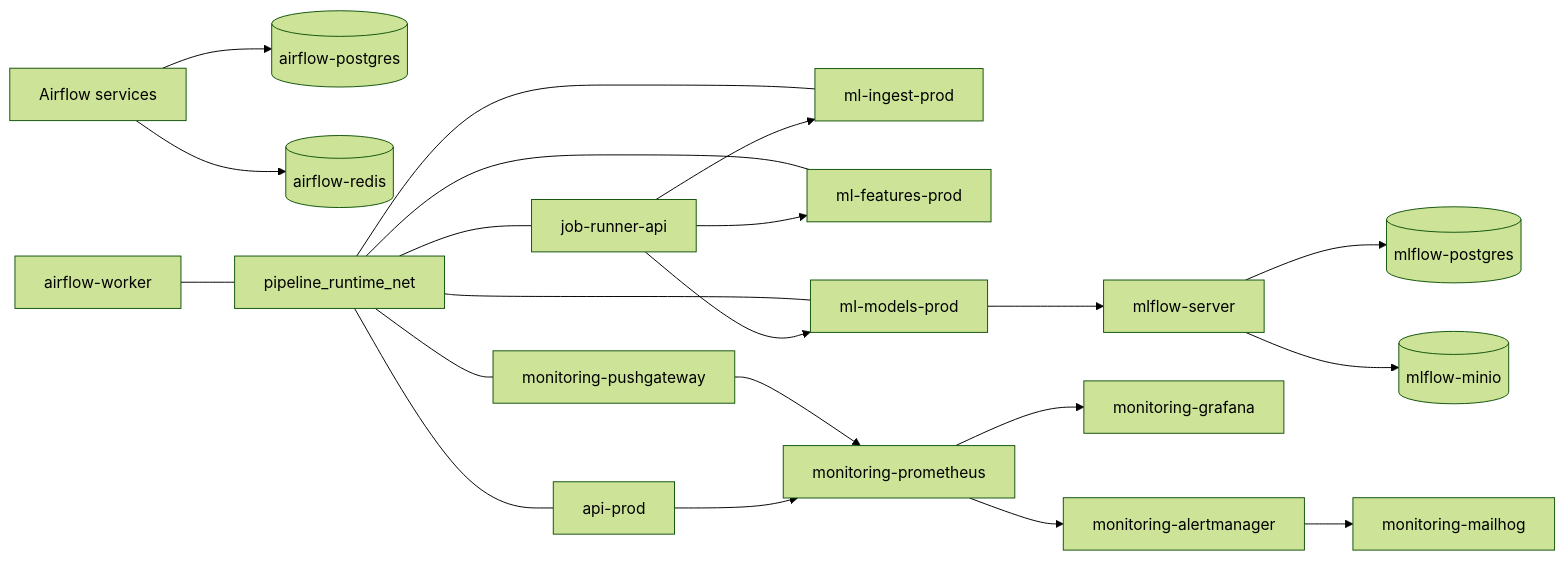
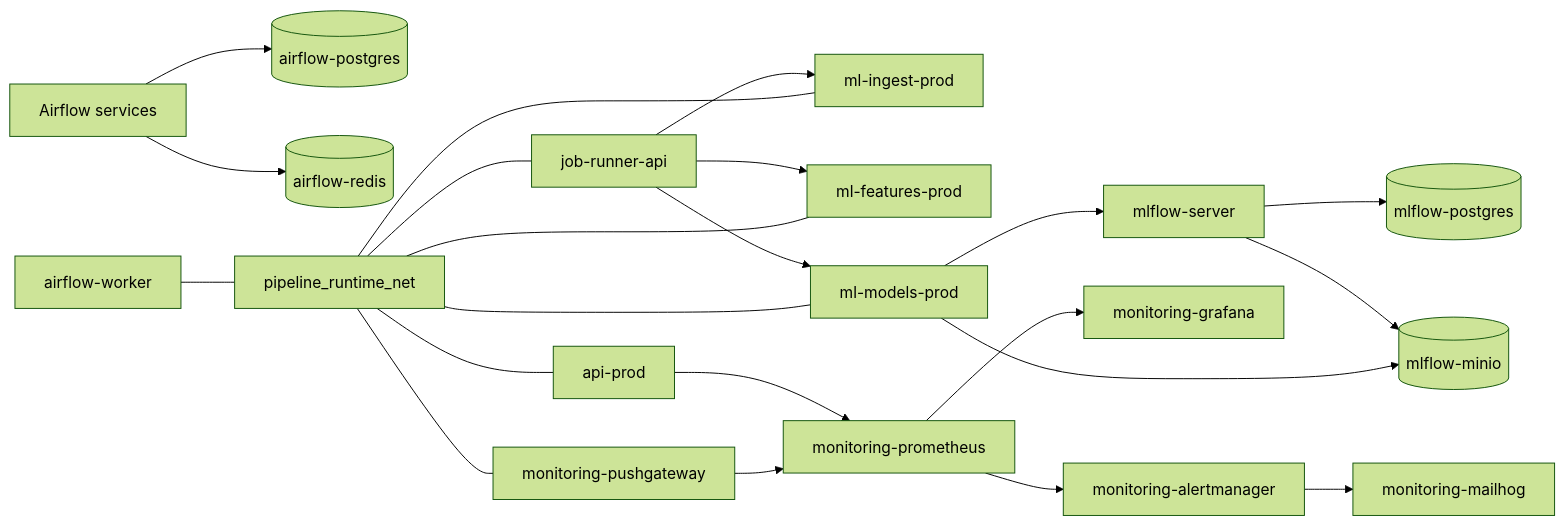
The diagram in docs/architecture-references/local-prod-network-topology.md (zheddhe/avr25-mle-trafic-cycliste), drawn with Mermaid (forest theme) before and after one commit. The commit also changed other lines of this file, not shown here.

Commit message:
docs: align prod topology with MLflow artifact access

````diff
--- a/docs/architecture-references/local-prod-network-topology.md
+++ b/docs/architecture-references/local-prod-network-topology.md
@@ -125,26 +126,27 @@
 ```mermaid
 flowchart LR
     airflow[Airflow services] --> airflow_db[(airflow-postgres)]
     airflow --> airflow_redis[(airflow-redis)]
     airflow_worker[airflow-worker] --- pipeline[pipeline_runtime_net]
 
     pipeline --- runner[job-runner-api]
     pipeline --- api[api-prod]
     pipeline --- ingest[ml-ingest-prod]
     pipeline --- features[ml-features-prod]
     pipeline --- models[ml-models-prod]
     pipeline --- pushgateway[monitoring-pushgateway]
 
     runner --> ingest
     runner --> features
     runner --> models
     models --> mlflow[mlflow-server]
+    models --> minio[(mlflow-minio)]
     mlflow --> mlflow_db[(mlflow-postgres)]
-    mlflow --> minio[(mlflow-minio)]
+    mlflow --> minio
 
     pushgateway --> prometheus[monitoring-prometheus]
     api --> prometheus
     prometheus --> grafana[monitoring-grafana]
     prometheus --> alertmanager[monitoring-alertmanager]
     alertmanager --> mailhog[monitoring-mailhog]
 ```
````
